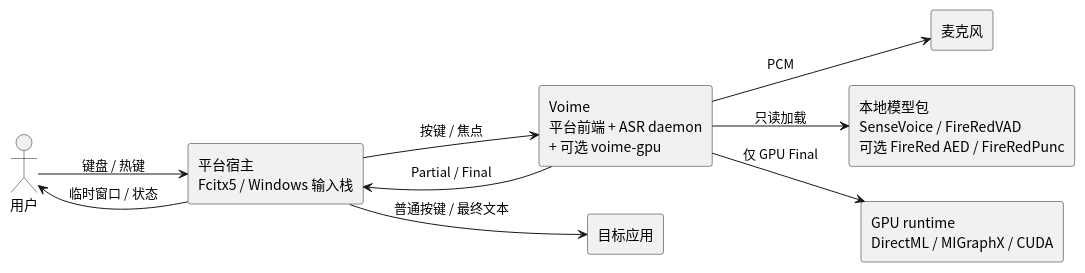
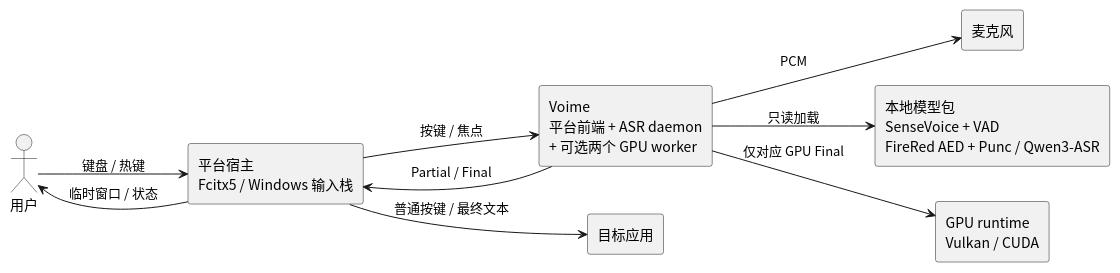
The diagram in diagram/general-architecture.puml (54m43lJ/voime), drawn with PlantUML before and after one commit. The commit also changed 63 other files, not shown here.

```diff
--- a/diagram/general-architecture.puml
+++ b/diagram/general-architecture.puml
@@ -1,23 +1,23 @@
 @startuml
 skinparam defaultFontName "Noto Sans CJK SC"
 skinparam shadowing false
 skinparam componentStyle rectangle
 left to right direction
 
 actor "用户" as User
 component "平台宿主\nFcitx5 / Windows 输入栈" as Host
-component "Voime\n平台前端 + ASR daemon\n+ 可选 voime-gpu" as Voime
+component "Voime\n平台前端 + ASR daemon\n+ 可选两个 GPU worker" as Voime
 component "目标应用" as App
 component "麦克风" as Mic
-component "本地模型包\nSenseVoice / FireRedVAD\n可选 FireRed AED / FireRedPunc" as Models
-component "GPU runtime\nDirectML / MIGraphX / CUDA" as Gpu
+component "本地模型包\nSenseVoice + VAD\nFireRed AED + Punc / Qwen3-ASR" as Models
+component "GPU runtime\nVulkan / CUDA" as Gpu
 
 User --> Host : 键盘 / 热键
 Host --> Voime : 按键 / 焦点
 Voime --> Host : Partial / Final
 Host --> App : 普通按键 / 最终文本
 Host --> User : 临时窗口 / 状态
 Voime --> Mic : PCM
 Voime --> Models : 只读加载
-Voime --> Gpu : 仅 GPU Final
+Voime --> Gpu : 仅对应 GPU Final
 @enduml
```
